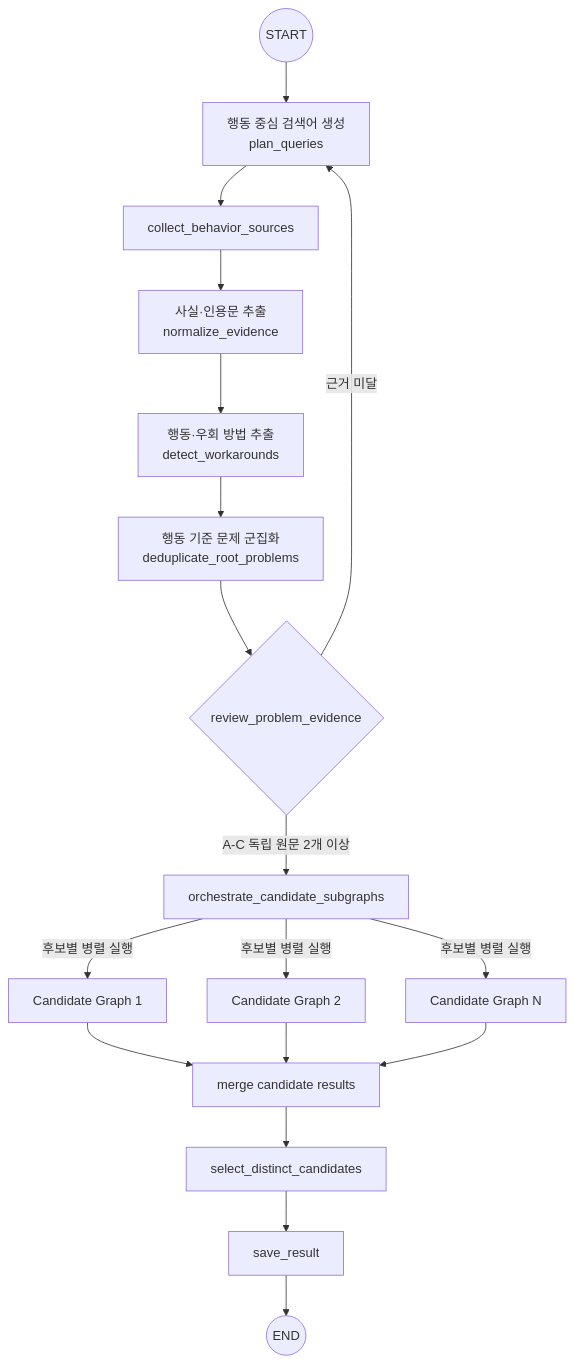
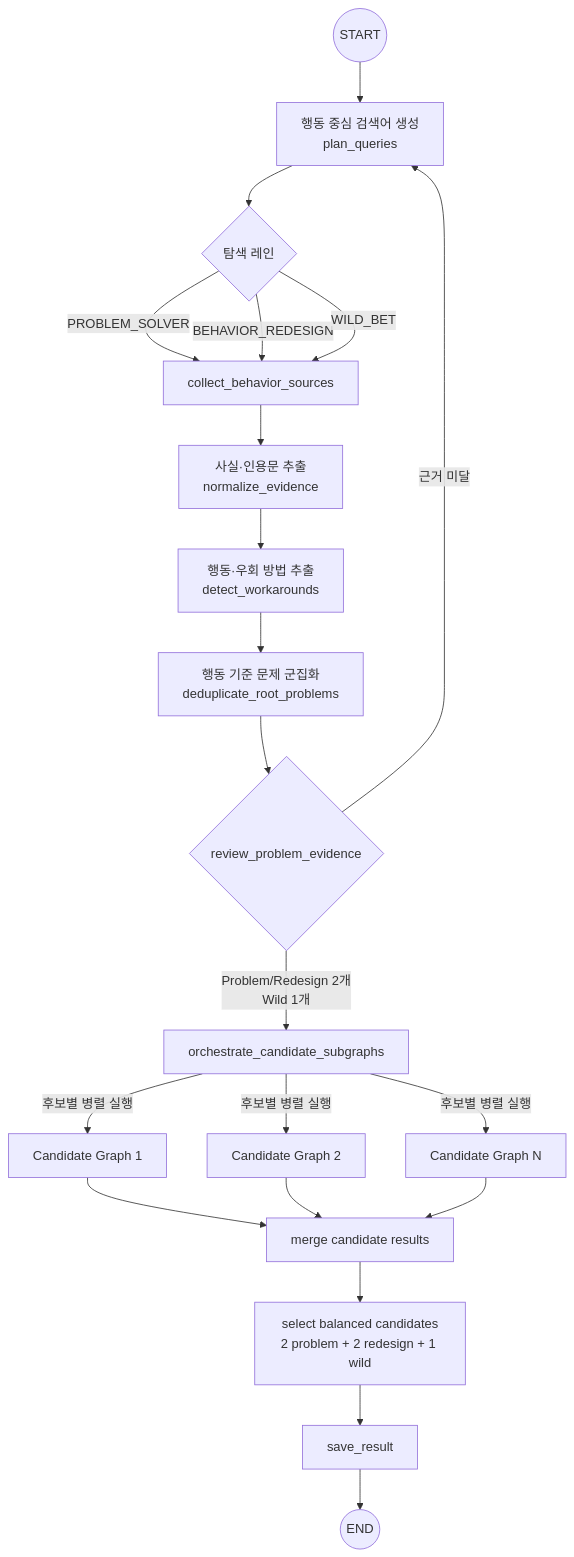
The first of 6 diagrams in docs/graph-design.md (sungpyo9053/graph), drawn with Mermaid before and after one commit. The commit also changed other lines of this file and 36 other files, not shown here.

Commit message:
add behavior redesign discovery lane

````diff
--- a/docs/graph-design.md
+++ b/docs/graph-design.md
@@ -9,20 +9,23 @@
 ```mermaid
 flowchart TD
     S((START)) --> Q[행동 중심 검색어 생성<br/>plan_queries]
-    Q --> C[collect_behavior_sources]
+    Q --> L{탐색 레인}
+    L -->|PROBLEM_SOLVER| C[collect_behavior_sources]
+    L -->|BEHAVIOR_REDESIGN| C
+    L -->|WILD_BET| C
     C --> N[사실·인용문 추출<br/>normalize_evidence]
     N --> W[행동·우회 방법 추출<br/>detect_workarounds]
     W --> D[행동 기준 문제 군집화<br/>deduplicate_root_problems]
     D --> G{review_problem_evidence}
     G -->|근거 미달| Q
-    G -->|A-C 독립 원문 2개 이상| O[orchestrate_candidate_subgraphs]
+    G -->|Problem/Redesign 2개<br/>Wild 1개| O[orchestrate_candidate_subgraphs]
     O -->|후보별 병렬 실행| P1[Candidate Graph 1]
     O -->|후보별 병렬 실행| P2[Candidate Graph 2]
     O -->|후보별 병렬 실행| PN[Candidate Graph N]
     P1 --> M[merge candidate results]
     P2 --> M
     PN --> M
-    M --> R[select_distinct_candidates]
+    M --> R[select balanced candidates<br/>2 problem + 2 redesign + 1 wild]
     R --> V[save_result]
     V --> E((END))
 ```
````
